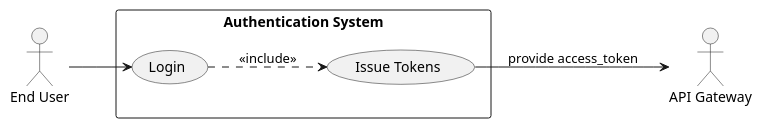
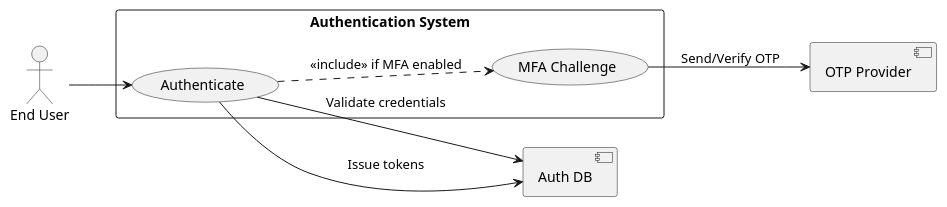
Before and after one commit to Bimmi-kumari-singh/Agent-testing: the second of 7 diagrams in .propel/context/docs/spec.md, drawn with PlantUML. The commit also changed other lines of this file, not shown here.

````diff
--- a/.propel/context/docs/spec.md
+++ b/.propel/context/docs/spec.md
@@ -293,18 +401,20 @@
 ```plantuml
 @startuml
 left to right direction
 skinparam packageStyle rectangle
 
 actor "End User" as User
-actor "API Gateway" as API
+rectangle "Authentication System" {
+  usecase (Authenticate) as Auth
+  usecase (MFA Challenge) as MFA
+}
+component "Auth DB" as DB
+component "OTP Provider" as OTP
 
-rectangle "Authentication System" {
-  usecase (Login) as UC2
-  usecase (Issue Tokens) as UC2b
-}
-
-User --> UC2
-UC2 ..> UC2b : <<include>>
-UC2b --> API : provide access_token
+User --> Auth
+Auth --> DB : Validate credentials
+Auth ..> MFA : <<include>> if MFA enabled
+MFA --> OTP : Send/Verify OTP
+Auth --> DB : Issue tokens
 @enduml
 ```
````
